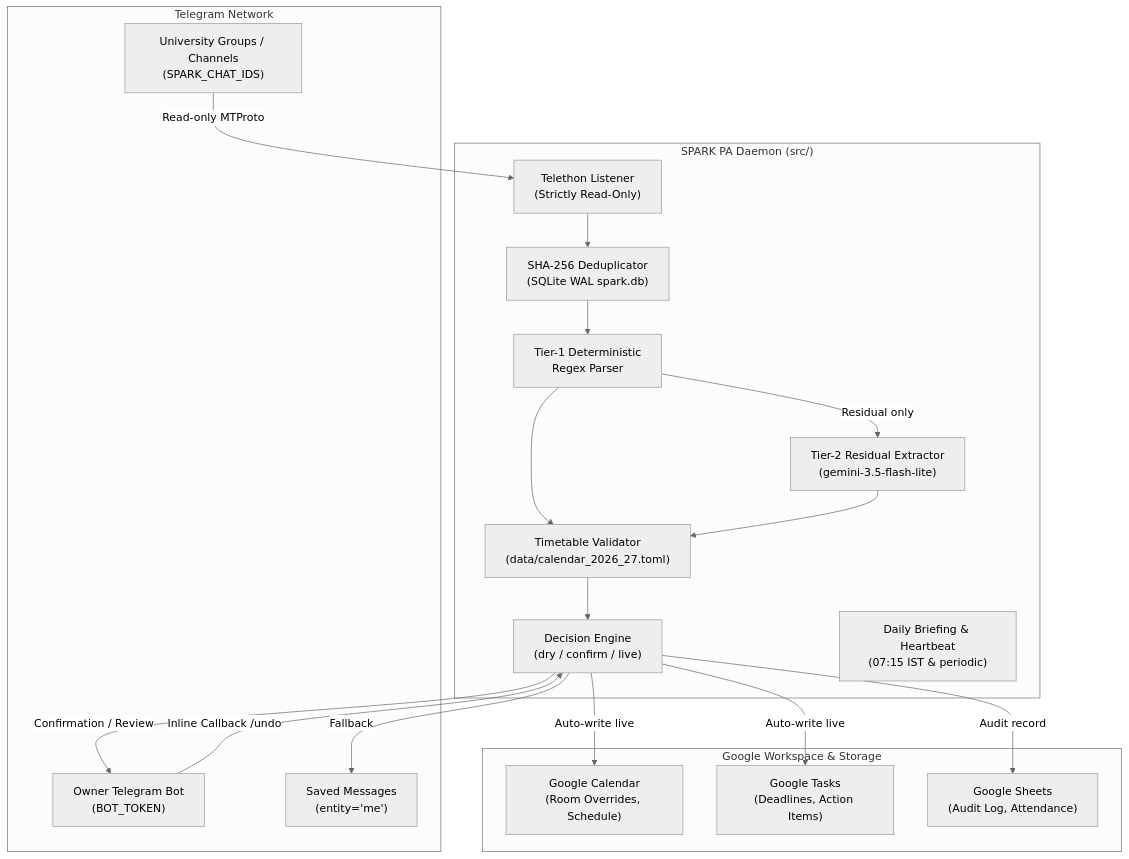
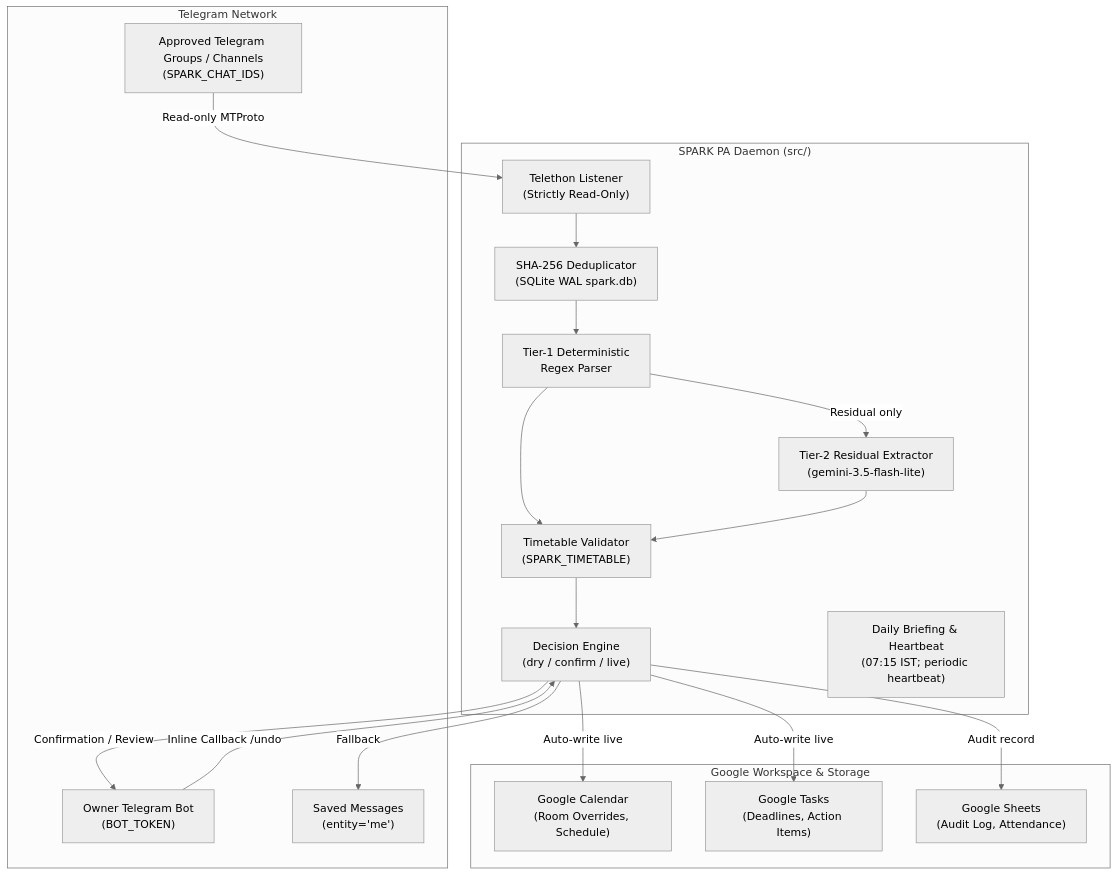
Before and after one commit to tejaswin-amara/chatlens: the first of 3 diagrams in README.md, drawn with Mermaid (neutral theme). The commit also changed other lines of this file, not shown here.

````diff
--- a/README.md
+++ b/README.md
@@ -23,38 +22,38 @@
 ```mermaid
 graph TD
     subgraph Telegram["Telegram Network"]
-        TG_Groups["University Groups / Channels<br/>(SPARK_CHAT_IDS)"]
+        TG_Groups["Approved Telegram Groups / Channels<br/>(SPARK_CHAT_IDS)"]
         TG_Bot["Owner Telegram Bot<br/>(BOT_TOKEN)"]
         TG_Me["Saved Messages<br/>(entity='me')"]
     end
 
     subgraph Daemon["SPARK PA Daemon (src/)"]
         Listener["Telethon Listener<br/>(Strictly Read-Only)"]
         Dedupe["SHA-256 Deduplicator<br/>(SQLite WAL spark.db)"]
         Regex["Tier-1 Deterministic<br/>Regex Parser"]
         Gemini["Tier-2 Residual Extractor<br/>(gemini-3.5-flash-lite)"]
-        Timetable["Timetable Validator<br/>(data/calendar_2026_27.toml)"]
+        Timetable["Timetable Validator<br/>(SPARK_TIMETABLE)"]
         Decision["Decision Engine<br/>(dry / confirm / live)"]
-        Scheduler["Daily Briefing & Heartbeat<br/>(07:15 IST & periodic)"]
+        Scheduler["Daily Briefing & Heartbeat<br/>(07:15 IST; periodic heartbeat)"]
     end
 
     subgraph Workspace["Google Workspace & Storage"]
         GCal["Google Calendar<br/>(Room Overrides, Schedule)"]
         GTasks["Google Tasks<br/>(Deadlines, Action Items)"]
         GSheets["Google Sheets<br/>(Audit Log, Attendance)"]
     end
 
     TG_Groups -->|Read-only MTProto| Listener
     Listener --> Dedupe
     Dedupe --> Regex
     Regex -->|Residual only| Gemini
     Regex --> Timetable
     Gemini --> Timetable
     Timetable --> Decision
     Decision -->|Auto-write live| GCal
     Decision -->|Auto-write live| GTasks
     Decision -->|Audit record| GSheets
     Decision -->|Confirmation / Review| TG_Bot
     Decision -->|Fallback| TG_Me
     TG_Bot -->|Inline Callback /undo| Decision
 ```
````
